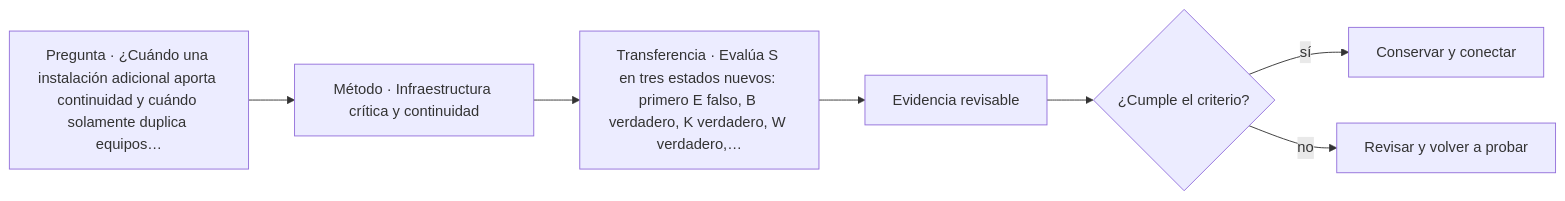
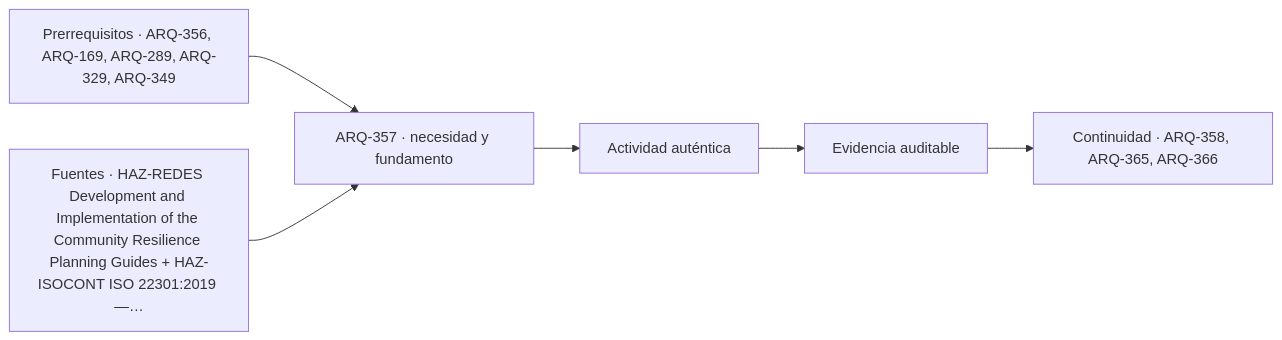
The diagram in classes/parte-36/ARQ-357.md (vladimiracunadev-create/architecture-built-environment-learning-program), drawn with Mermaid before and after one commit. The commit also changed other lines of this file and 761 other files, not shown here.

````diff
--- a/classes/parte-36/ARQ-357.md
+++ b/classes/parte-36/ARQ-357.md
@@ -113,9 +125,8 @@
 ```mermaid
 flowchart LR
-    Q["Pregunta · ¿Cuándo una instalación adicional aporta continuidad y cuándo solamente duplica equipos…"] --> M["Método · Infraestructura crítica y continuidad"]
-    M --> P["Transferencia · Evalúa S en tres estados nuevos: primero E falso, B verdadero, K verdadero, W verdadero,…"]
-    P --> E["Evidencia revisable"]
-    E --> C{"¿Cumple el criterio?"}
-    C -->|sí| T["Conservar y conectar"]
-    C -->|no| R["Revisar y volver a probar"]
+    A["Prerrequisitos · ARQ-356, ARQ-169, ARQ-289, ARQ-329, ARQ-349"] --> B["ARQ-357 · necesidad y fundamento"]
+    S["Fuentes · HAZ-REDES Development and Implementation of the Community Resilience Planning Guides + HAZ-ISOCONT ISO 22301:2019 —…"] --> B
+    B --> C["Actividad auténtica"]
+    C --> D["Evidencia auditable"]
+    D --> E["Continuidad · ARQ-358, ARQ-365, ARQ-366"]
 ```
````
